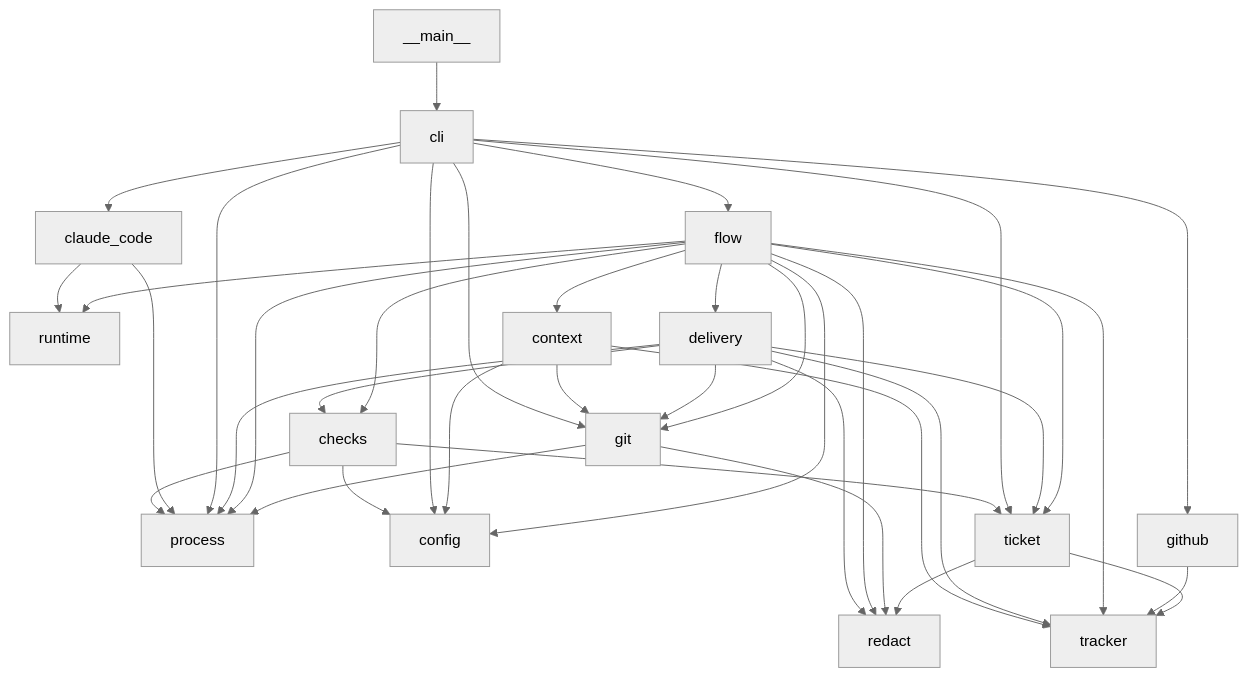
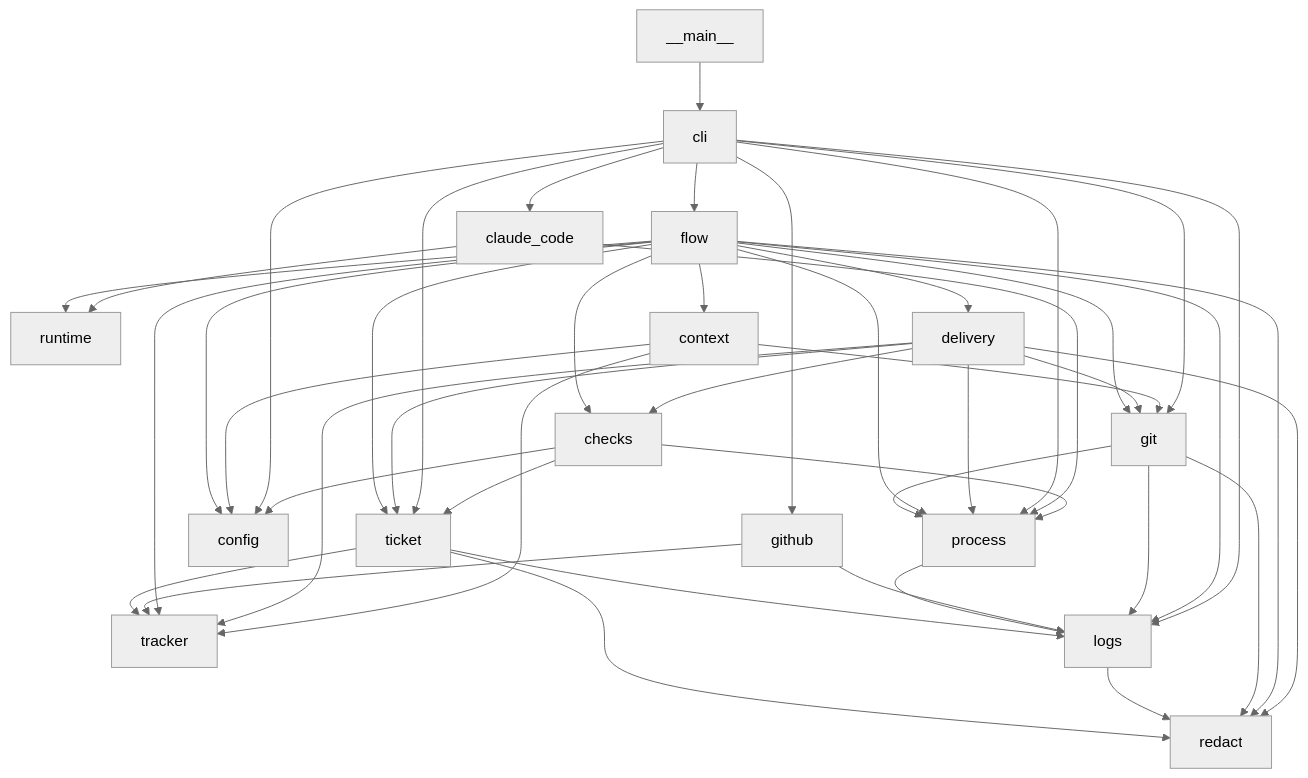
The first of 2 diagrams in docs/architecture/3-components.md (plaplanche/ariane), drawn with Mermaid (neutral theme) before and after one commit. The commit also changed 22 other files, not shown here.

````diff
--- a/docs/architecture/3-components.md
+++ b/docs/architecture/3-components.md
@@ -8,40 +8,47 @@
 ```mermaid
 flowchart TD
   __main__ --> cli
   checks --> process
   checks --> config
   checks --> ticket
   claude_code --> process
   claude_code --> runtime
   cli --> config
   cli --> flow
   cli --> git
   cli --> process
   cli --> ticket
   cli --> claude_code
   cli --> github
   context --> git
   context --> config
   context --> tracker
   delivery --> checks
   delivery --> git
   delivery --> process
   delivery --> ticket
   delivery --> redact
   delivery --> tracker
   flow --> checks
   flow --> context
   flow --> git
   flow --> process
   flow --> ticket
   flow --> config
   flow --> delivery
   flow --> redact
   flow --> runtime
   flow --> tracker
   git --> process
   git --> redact
   github --> tracker
+  logs --> redact
+  cli --> logs
+  flow --> logs
+  git --> logs
+  github --> logs
+  process --> logs
+  ticket --> logs
   ticket --> redact
   ticket --> tracker
 ```
````
